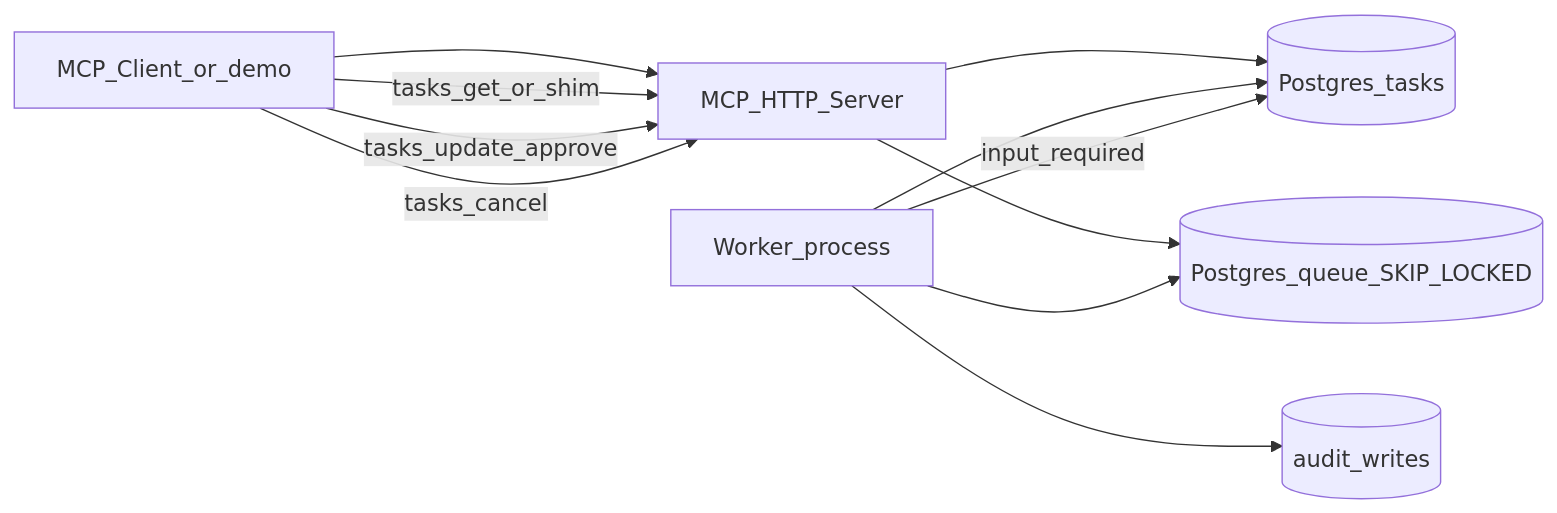
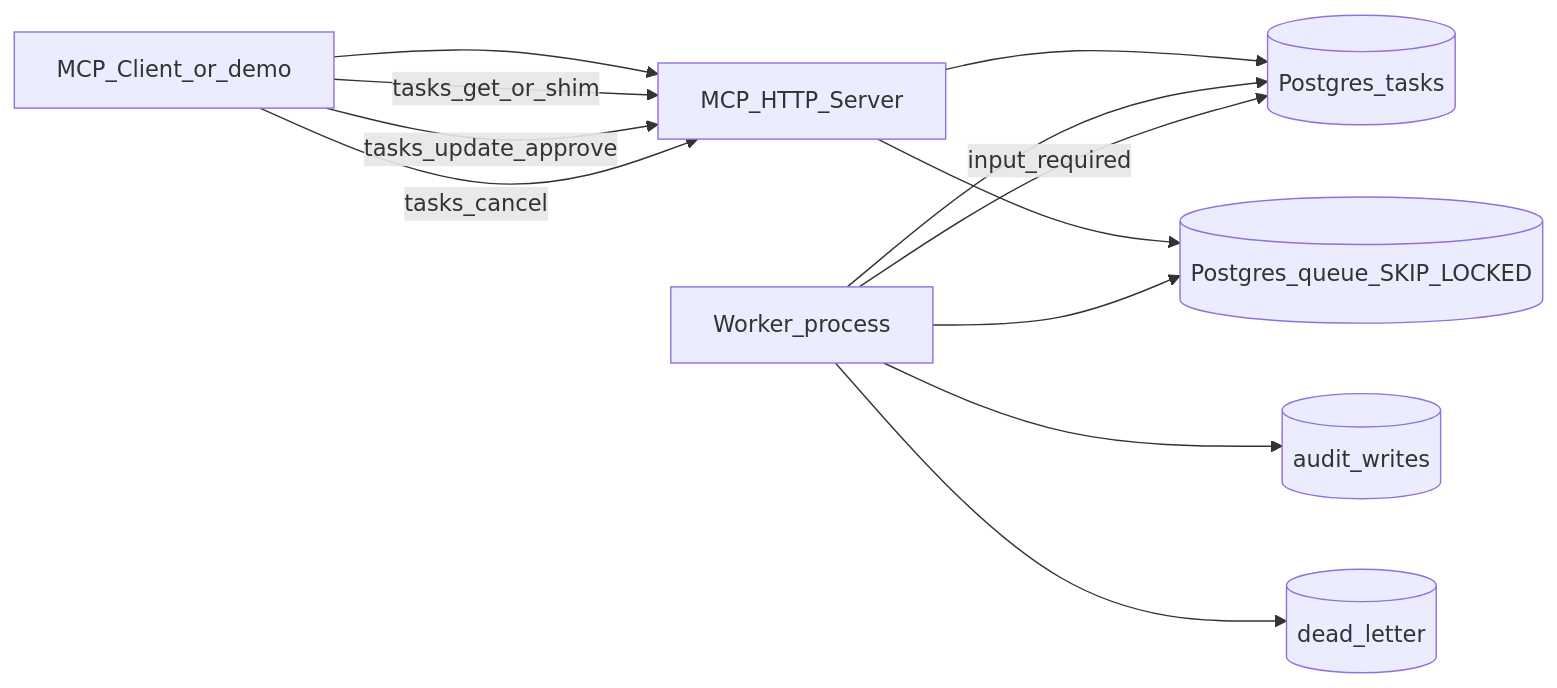
Before and after one commit to akashpatil-dev/night-shift-agent: the diagram in README.md, drawn with Mermaid. The commit also changed other lines of this file and 29 other files, not shown here.

````diff
--- a/README.md
+++ b/README.md
@@ -46,13 +72,14 @@
 ```mermaid
 flowchart LR
   Client[MCP_Client_or_demo] --> Server[MCP_HTTP_Server]
   Server --> Store[(Postgres_tasks)]
   Server --> Queue[(Postgres_queue_SKIP_LOCKED)]
   Worker[Worker_process] --> Queue
   Worker --> Store
   Worker --> Audit[(audit_writes)]
+  Worker --> DLQ[(dead_letter)]
   Worker -->|input_required| Store
   Client -->|tasks_get_or_shim| Server
   Client -->|tasks_update_approve| Server
   Client -->|tasks_cancel| Server
 ```
````
